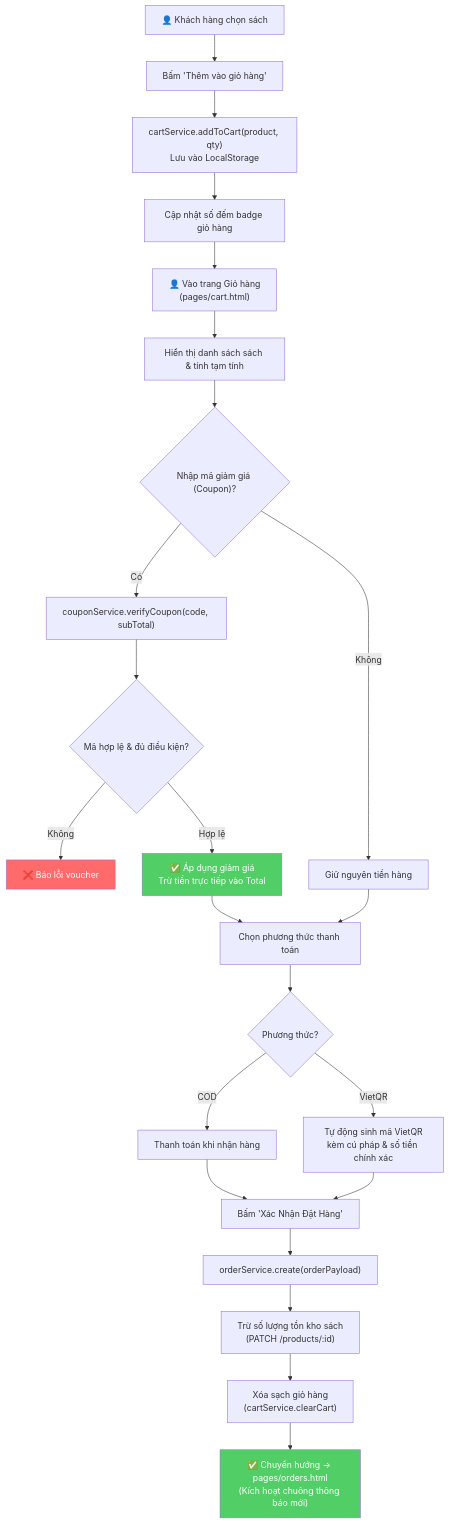
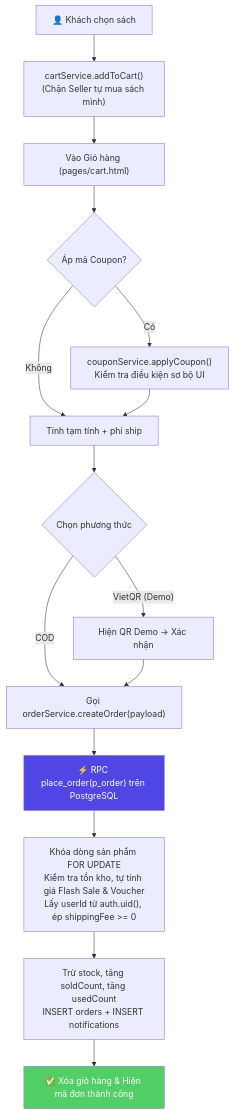
The fifth of 6 diagrams in docs/software_architecture_design.md (hieunguyenpro1919/nhasach), drawn with Mermaid before and after one commit. The commit also changed other lines of this file and 4 other files, not shown here.

Commit message:
Update README and docs to match Supabase Auth, RLS, Storage, and Vercel deployment

````diff
--- a/docs/software_architecture_design.md
+++ b/docs/software_architecture_design.md
@@ -247,33 +246,21 @@
 ```mermaid
 flowchart TD
-    A["👤 Khách hàng chọn sách"] --> B["Bấm 'Thêm vào giỏ hàng'"]
-    B --> C["cartService.addToCart(product, qty)\nLưu vào LocalStorage"]
-    C --> D["Cập nhật số đếm badge giỏ hàng"]
+    A["👤 Khách chọn sách"] --> B["cartService.addToCart()\n(Chặn Seller tự mua sách mình)"]
+    B --> C["Vào Giỏ hàng (pages/cart.html)"]
+    C --> D{"Áp mã Coupon?"}
+    D -- "Có" --> E["couponService.applyCoupon()\nKiểm tra điều kiện sơ bộ UI"]
+    D -- "Không" --> F["Tính tạm tính + phí ship"]
+    E --> F
 
-    D --> E["👤 Vào trang Giỏ hàng\n(pages/cart.html)"]
-    E --> F["Hiển thị danh sách sách & tính tạm tính"]
-    F --> G{"Nhập mã giảm giá (Coupon)?"}
+    F --> G{"Chọn phương thức"}
+    G -- "COD" --> H["Gọi orderService.createOrder(payload)"]
+    G -- "VietQR (Demo)" --> I["Hiện QR Demo -> Xác nhận"] --> H
 
-    G -- "Có" --> H["couponService.verifyCoupon(code, subTotal)"]
-    H --> I{"Mã hợp lệ & đủ điều kiện?"}
-    I -- "Không" --> ERR_COUP["❌ Báo lỗi voucher"]
-    I -- "Hợp lệ" --> APPLY_COUP["✅ Áp dụng giảm giá\nTrừ tiền trực tiếp vào Total"]
-    G -- "Không" --> J["Giữ nguyên tiền hàng"]
+    H --> RPC["⚡ RPC place_order(p_order) trên PostgreSQL"]
+    RPC --> VERIFY["Khóa dòng sản phẩm FOR UPDATE\nKiểm tra tồn kho, tự tính giá Flash Sale & Voucher\nLấy userId từ auth.uid(), ép shippingFee >= 0"]
+    VERIFY --> ATOMIC["Trừ stock, tăng soldCount, tăng usedCount\nINSERT orders + INSERT notifications"]
+    ATOMIC --> DONE["✅ Xóa giỏ hàng & Hiện mã đơn thành công"]
 
-    APPLY_COUP --> K["Chọn phương thức thanh toán"]
-    J --> K
-    K --> L{"Phương thức?"}
-    L -- "COD" --> COD_FLOW["Thanh toán khi nhận hàng"]
-    L -- "VietQR" --> QR_FLOW["Tự động sinh mã VietQR\nkèm cú pháp & số tiền chính xác"]
-
-    COD_FLOW --> SUBMIT["Bấm 'Xác Nhận Đặt Hàng'"]
-    QR_FLOW --> SUBMIT
-    SUBMIT --> ORDER_SVC["orderService.create(orderPayload)"]
-    ORDER_SVC --> REDUCE_STOCK["Trừ số lượng tồn kho sách\n(PATCH /products/:id)"]
-    REDUCE_STOCK --> CLEAR_CART["Xóa sạch giỏ hàng\n(cartService.clearCart)"]
-    CLEAR_CART --> SUCCESS_ORDER["✅ Chuyển hướng -> pages/orders.html\n(Kích hoạt chuông thông báo mới)"]
-
-    style ERR_COUP fill:#ff6b6b,color:#fff
-    style APPLY_COUP fill:#51cf66,color:#fff
-    style SUCCESS_ORDER fill:#51cf66,color:#fff
+    style RPC fill:#4f46e5,color:#fff
+    style DONE fill:#51cf66,color:#fff
 ```
````
